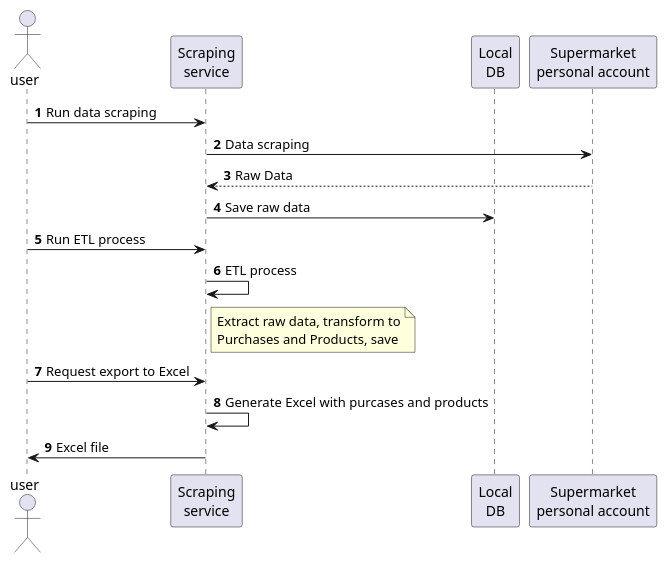
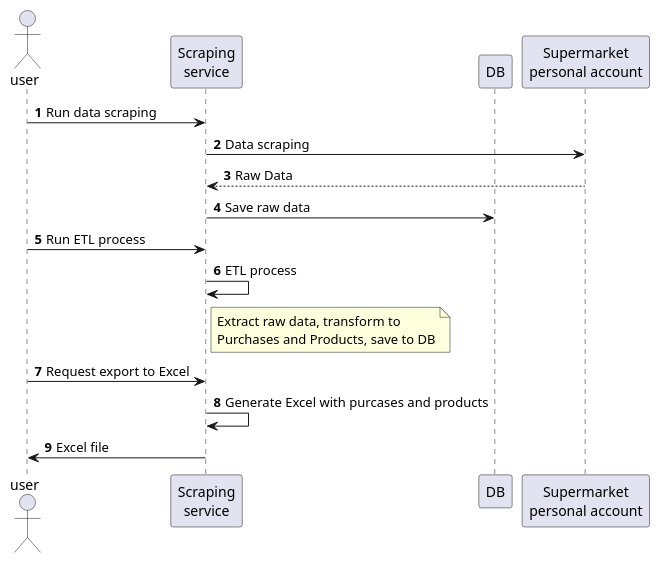
The diagram in scraping-process-flow.puml (serg3yjob/scraping), drawn with PlantUML before and after one commit. The commit also changed 1 other file, not shown here.

```diff
--- a/scraping-process-flow.puml
+++ b/scraping-process-flow.puml
@@ -1,20 +1,20 @@
 @startuml
 
 autonumber
 actor user
 participant ss as "Scraping\nservice"
-participant ldb as "Local\nDB"
+participant db as "DB"
 participant account as "Supermarket\npersonal account"
 
 user -> ss: Run data scraping
 ss -> account: Data scraping
 account --> ss: Raw Data
-ss -> ldb: Save raw data
+ss -> db: Save raw data
 user -> ss: Run ETL process
 ss -> ss: ETL process
-note right ss: Extract raw data, transform to\nPurchases and Products, save
+note right ss: Extract raw data, transform to\nPurchases and Products, save to DB
 user -> ss: Request export to Excel
 ss -> ss: Generate Excel with purcases and products
 ss -> user: Excel file
 
 @enduml
```
